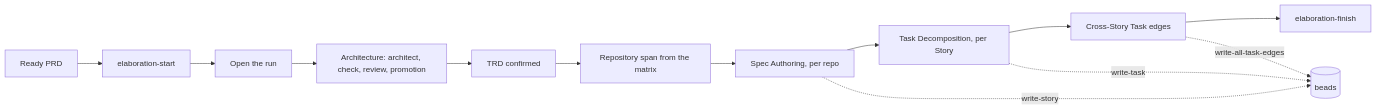
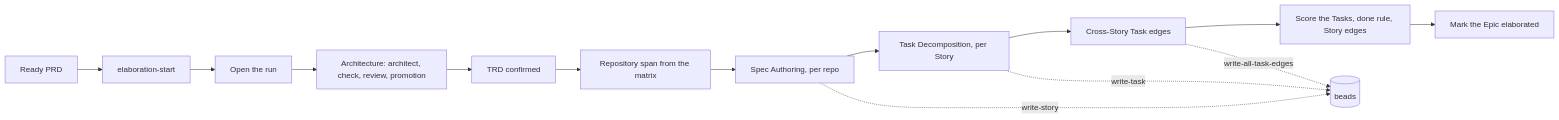
The second of 4 diagrams in plugins/agent-teams-workforce/AGENT-TEAMS-WORKFORCE.md (mark-satterfield/toolset), drawn with Mermaid before and after one commit. The commit also changed other lines of this file and 30 other files, not shown here.

First line of the commit message:
docs(elaboration): documents describe the journal-driven flow

````diff
--- a/plugins/agent-teams-workforce/AGENT-TEAMS-WORKFORCE.md
+++ b/plugins/agent-teams-workforce/AGENT-TEAMS-WORKFORCE.md
@@ -50,15 +50,16 @@
 ```mermaid
 graph LR
   P[Ready PRD] --> L[elaboration-start]
   L --> O[Open the run]
   O --> A[Architecture: architect, check, review, promotion]
   A --> R[TRD confirmed]
   R --> RS[Repository span from the matrix]
   RS --> S[Spec Authoring, per repo]
   S --> T[Task Decomposition, per Story]
   T --> X[Cross-Story Task edges]
-  X --> E[elaboration-finish]
+  X --> SC[Score the Tasks, done rule, Story edges]
+  SC --> E[Mark the Epic elaborated]
   S -. write-story .-> B[(beads)]
   T -. write-task .-> B
   X -. write-all-task-edges .-> B
 ```
````
